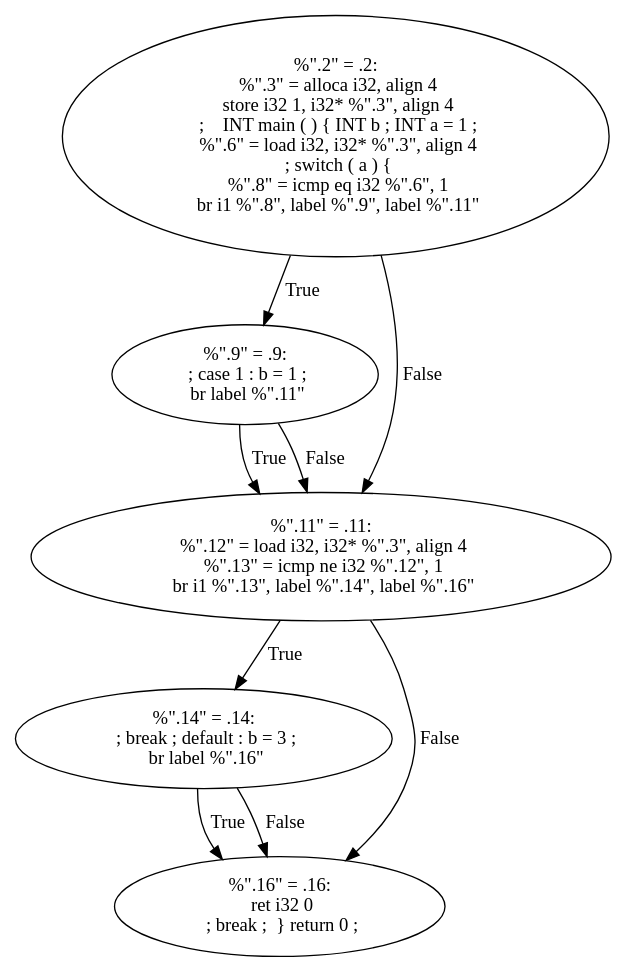
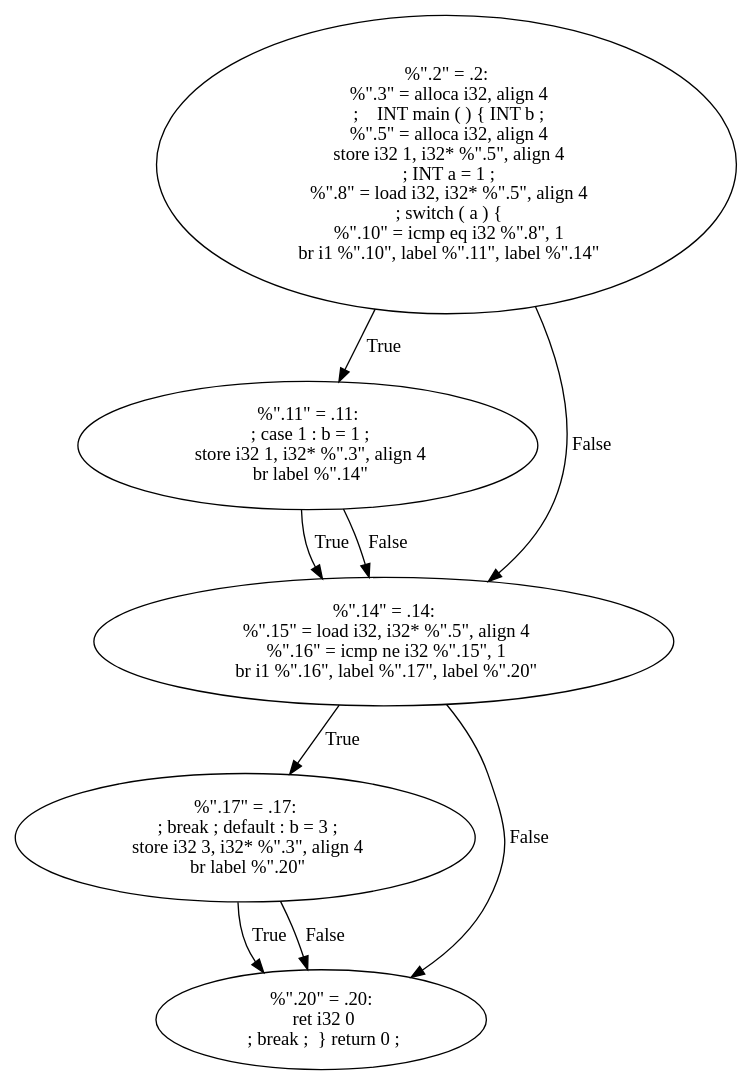
Before and after one commit to Are-you-listening/Compilers: the diagram in example_source_files/30_switch/30_switch_cfg_main.dot, drawn with Graphviz. The commit also changed 413 other files, not shown here.

```diff
--- a/example_source_files/30_switch/30_switch_cfg_main.dot
+++ b/example_source_files/30_switch/30_switch_cfg_main.dot
@@ -1,31 +1,35 @@
 digraph AST {
-  "138081630376224" [label="%\".2\" = .2:
+  "131879695887824" [label="%\".2\" = .2:
   %\".3\" = alloca i32, align 4
+  ;    INT main ( ) { INT b ;
+  %\".5\" = alloca i32, align 4
+  store i32 1, i32* %\".5\", align 4
+  ; INT a = 1 ;
+  %\".8\" = load i32, i32* %\".5\", align 4
+  ; switch ( a ) {
+  %\".10\" = icmp eq i32 %\".8\", 1
+  br i1 %\".10\", label %\".11\", label %\".14\""];
+  "131879695887824" -> "131879695880096" [label="True"];
+  "131879695887824" -> "131879695886384" [label="False"];
+  "131879695880096" [label="%\".11\" = .11:
+  ; case 1 : b = 1 ;
   store i32 1, i32* %\".3\", align 4
-  ;    INT main ( ) { INT b ; INT a = 1 ;
-  %\".6\" = load i32, i32* %\".3\", align 4
-  ; switch ( a ) {
-  %\".8\" = icmp eq i32 %\".6\", 1
-  br i1 %\".8\", label %\".9\", label %\".11\""];
-  "138081630376224" -> "138081630381696" [label="True"];
-  "138081630376224" -> "138081630381792" [label="False"];
-  "138081630381696" [label="%\".9\" = .9:
-  ; case 1 : b = 1 ;
-  br label %\".11\""];
-  "138081630381696" -> "138081630381792" [label="True"];
-  "138081630381696" -> "138081630381792" [label="False"];
-  "138081630381792" [label="%\".11\" = .11:
-  %\".12\" = load i32, i32* %\".3\", align 4
-  %\".13\" = icmp ne i32 %\".12\", 1
-  br i1 %\".13\", label %\".14\", label %\".16\""];
-  "138081630381792" -> "138081630385248" [label="True"];
-  "138081630381792" -> "138081630377328" [label="False"];
-  "138081630385248" [label="%\".14\" = .14:
+  br label %\".14\""];
+  "131879695880096" -> "131879695886384" [label="True"];
+  "131879695880096" -> "131879695886384" [label="False"];
+  "131879695886384" [label="%\".14\" = .14:
+  %\".15\" = load i32, i32* %\".5\", align 4
+  %\".16\" = icmp ne i32 %\".15\", 1
+  br i1 %\".16\", label %\".17\", label %\".20\""];
+  "131879695886384" -> "131879695884464" [label="True"];
+  "131879695886384" -> "131879695888256" [label="False"];
+  "131879695884464" [label="%\".17\" = .17:
   ; break ; default : b = 3 ;
-  br label %\".16\""];
-  "138081630385248" -> "138081630377328" [label="True"];
-  "138081630385248" -> "138081630377328" [label="False"];
-  "138081630377328" [label="%\".16\" = .16:
+  store i32 3, i32* %\".3\", align 4
+  br label %\".20\""];
+  "131879695884464" -> "131879695888256" [label="True"];
+  "131879695884464" -> "131879695888256" [label="False"];
+  "131879695888256" [label="%\".20\" = .20:
   ret i32 0
   ; break ;  } return 0 ;"];
 }
```
